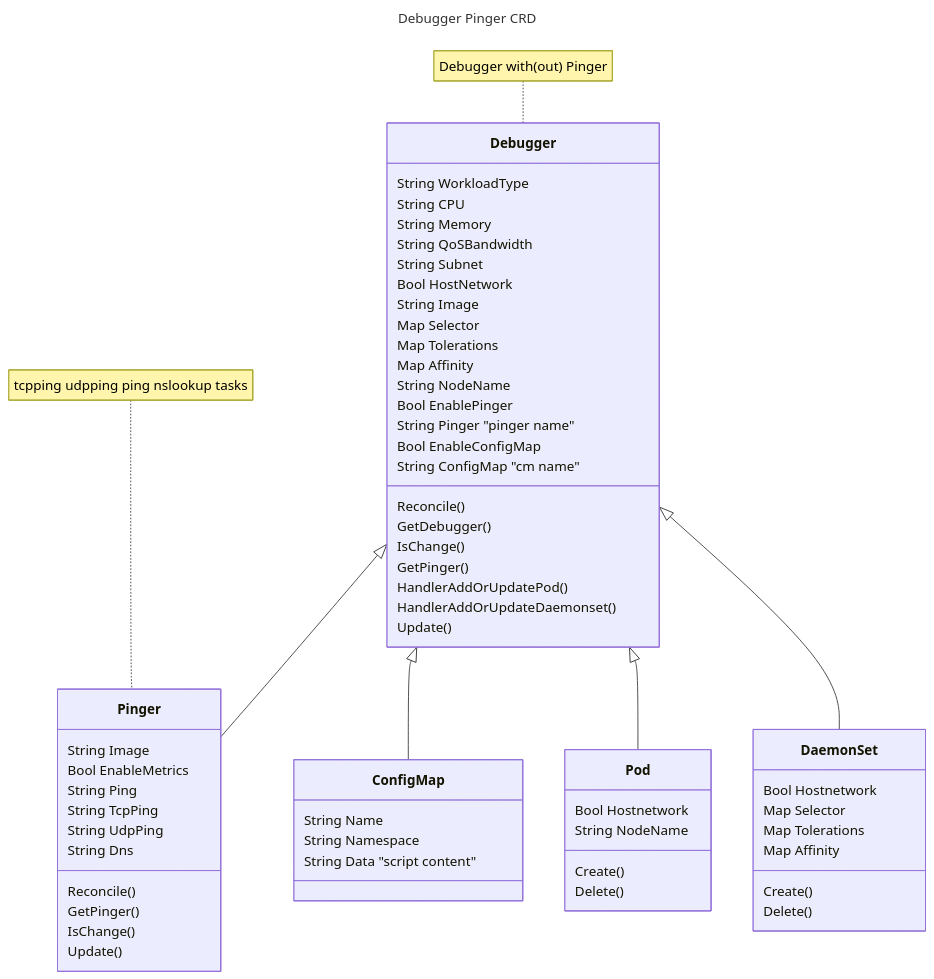
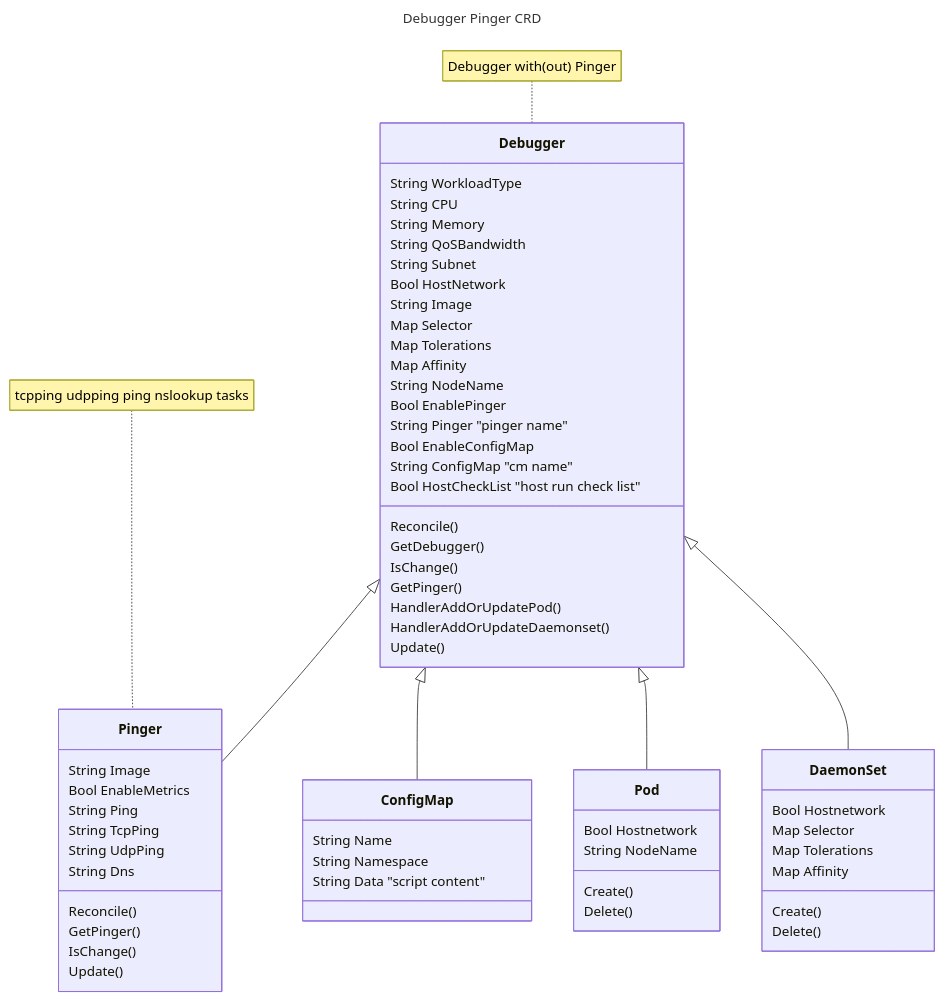
Before and after one commit to kubecombo/kube-combo: the first of 3 diagrams in docs/debugger-pinger.md, drawn with Mermaid. The commit also changed 3 other files, not shown here.

Commit message:
add host run check list

````diff
--- a/docs/debugger-pinger.md
+++ b/docs/debugger-pinger.md
@@ -5,76 +5,77 @@
 ```mermaid
 ---
 title: Debugger Pinger CRD
 ---
 classDiagram
     note for Debugger "Debugger with(out) Pinger"
     Debugger <|-- Pinger
     Debugger <|-- ConfigMap
     note for Pinger "tcpping udpping ping nslookup tasks"
     Debugger <|-- Pod
     Debugger <|-- DaemonSet
 
     class Debugger {
         String WorkloadType
         String CPU
         String Memory
         String QoSBandwidth
         String Subnet
         Bool HostNetwork
         String Image
         Map Selector
         Map Tolerations
         Map Affinity
         String NodeName
         Bool EnablePinger
         String Pinger "pinger name"
         Bool EnableConfigMap
         String ConfigMap "cm name"
+        Bool HostCheckList "host run check list"
 
         Reconcile()
         GetDebugger()
         IsChange()
         GetPinger()
         HandlerAddOrUpdatePod()
         HandlerAddOrUpdateDaemonset()
         Update()
     }
 
    class ConfigMap {
         String Name
         String Namespace
         String Data "script content"
    }
 
    class Pinger {
         String Image
         Bool EnableMetrics
         String Ping
         String TcpPing
         String UdpPing
         String Dns
 
         Reconcile()
         GetPinger()
         IsChange()
         Update()
     }
 
    class Pod {
         Bool Hostnetwork
         String NodeName
 
         Create()
         Delete()
     }
 
    class DaemonSet {
      Bool Hostnetwork
      Map Selector
      Map Tolerations
      Map Affinity
 
      Create()
      Delete()
     }
 ```
````
